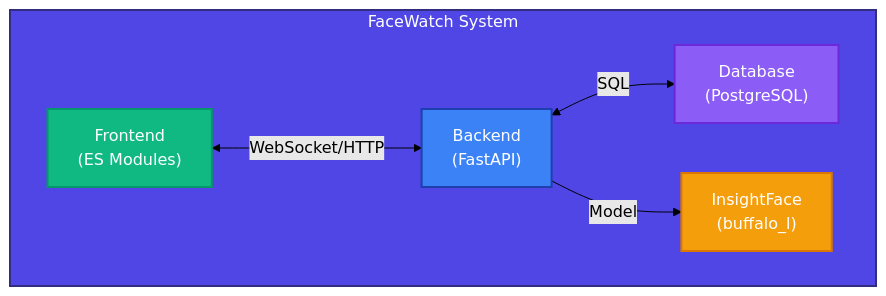
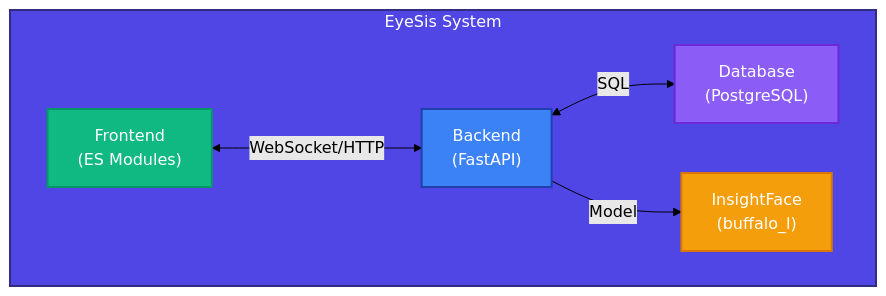
Before and after one commit to jongwoo108/EyeSis: the third of 5 diagrams in README.md, drawn with Mermaid (forest theme). The commit also changed other lines of this file and 368 other files, not shown here.

````diff
--- a/README.md
+++ b/README.md
@@ -173,19 +212,19 @@
 ```mermaid
 graph TB
-    subgraph FaceWatch["FaceWatch System"]
+    subgraph EyeSis["EyeSis System"]
         Frontend["Frontend<br/>(ES Modules)"]
         Backend["Backend<br/>(FastAPI)"]
         Database["Database<br/>(PostgreSQL)"]
         InsightFace["InsightFace<br/>(buffalo_l)"]
         
         Frontend <-->|WebSocket/HTTP| Backend
         Backend <-->|SQL| Database
         Backend -->|Model| InsightFace
     end
     
-    style FaceWatch fill:#4F46E5,stroke:#312E81,stroke-width:2px,color:#fff
+    style EyeSis fill:#4F46E5,stroke:#312E81,stroke-width:2px,color:#fff
     style Frontend fill:#10B981,stroke:#059669,stroke-width:2px,color:#fff
     style Backend fill:#3B82F6,stroke:#1E40AF,stroke-width:2px,color:#fff
     style Database fill:#8B5CF6,stroke:#6D28D9,stroke-width:2px,color:#fff
     style InsightFace fill:#F59E0B,stroke:#D97706,stroke-width:2px,color:#fff
 ```
````
